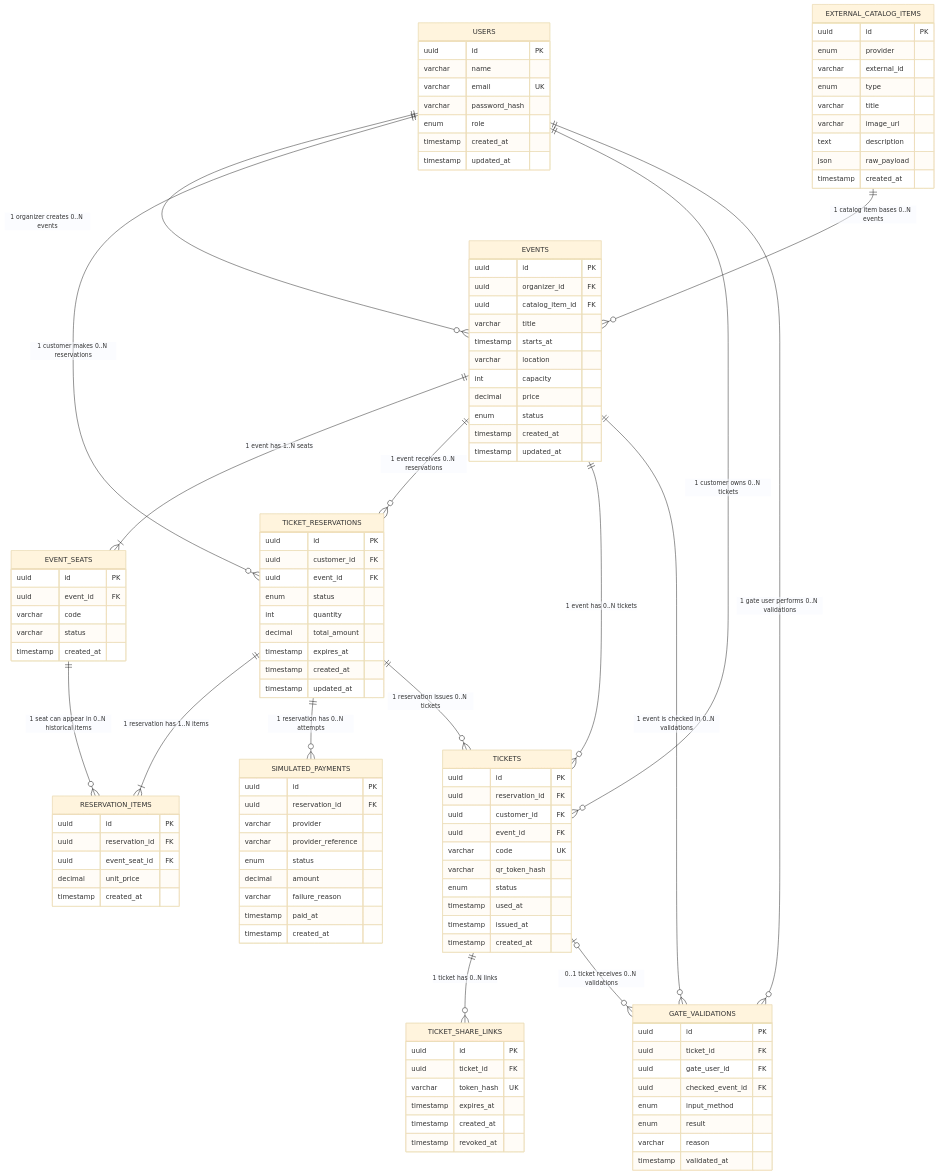
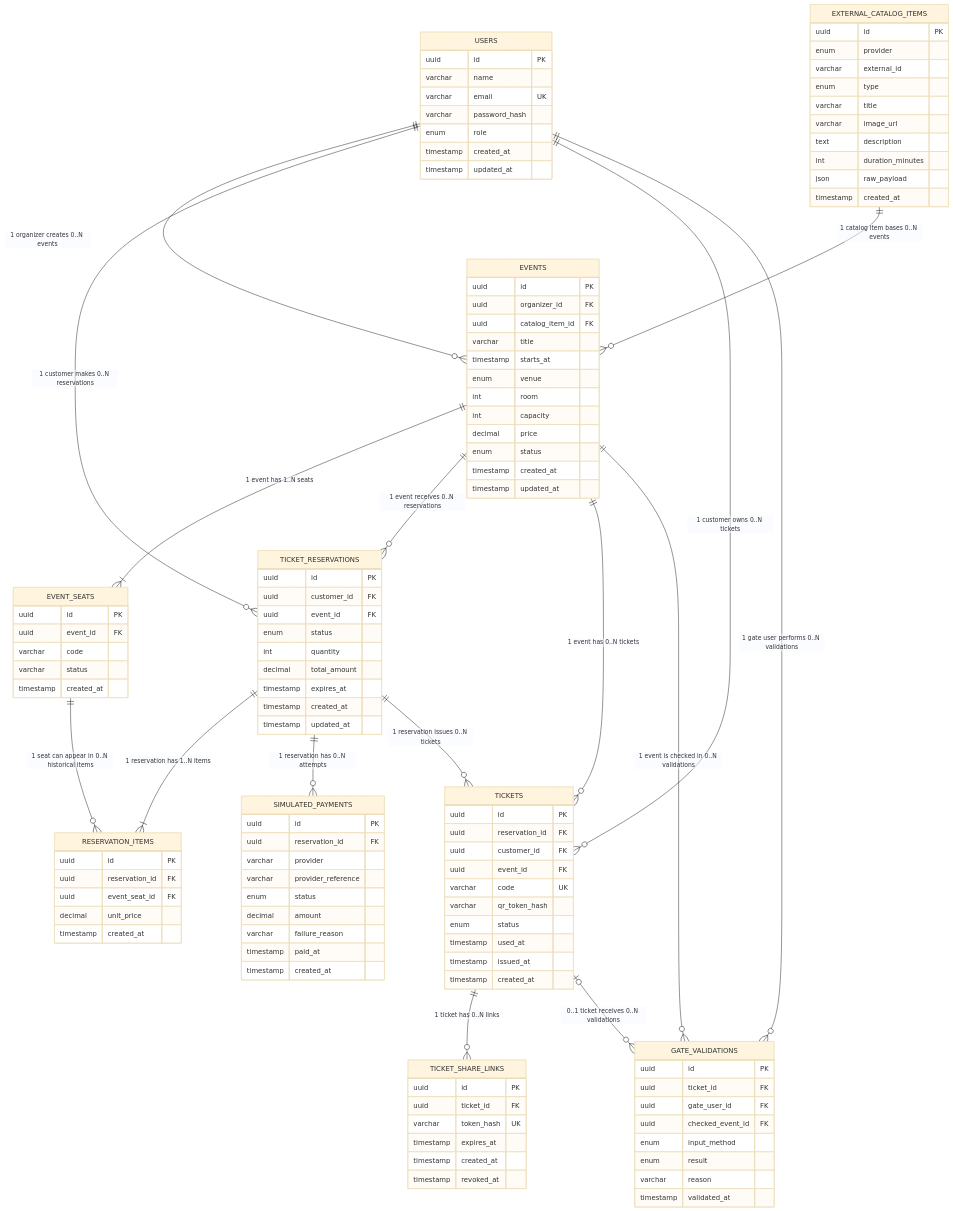
One commit to Lord1nho/backend-testeverzel changed the diagram in planning-back-end/teste-verzel-der-e-classes-v2.md. Above: the diagram before and after it, drawn with Mermaid (base theme). The commit also changed 13 other files, not shown here.

```diff
--- a/planning-back-end/teste-verzel-der-e-classes-v2.md
+++ b/planning-back-end/teste-verzel-der-e-classes-v2.md
@@ -36,6 +36,7 @@
     varchar title
     varchar image_url
     text description
+    int duration_minutes
     json raw_payload
     timestamp created_at
   }
@@ -46,7 +47,8 @@
     uuid catalog_item_id FK
     varchar title
     timestamp starts_at
-    varchar location
+    enum venue
+    int room
     int capacity
     decimal price
     enum status
```
